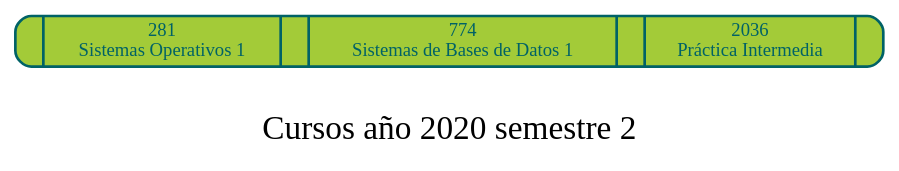
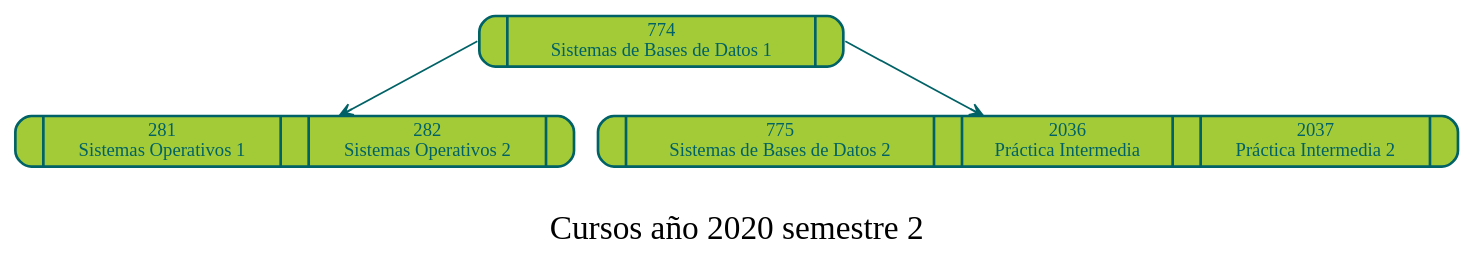
One commit to DanielDubonDR/EDD_SmartClass_201901772 changed the diagram in Fase_2/Archivos_dot/CursosPensum.dot. Above: the diagram before and after it, drawn with Graphviz. The commit also changed 1 other file, not shown here.

```diff
--- a/Fase_2/Archivos_dot/CursosPensum.dot
+++ b/Fase_2/Archivos_dot/CursosPensum.dot
@@ -1,11 +1,15 @@
  
         digraph BTree
         {
         label="\nCursos año 2020 semestre 2" fontsize=25;
         rankdir=TB;
         node[color=" #006266",style="filled, rounded", fillcolor=" #A3CB38", shape=record penwidth=2, fontcolor=" #006266"];
         edge[color=" #006266" penwidth=1.3 arrowhead=vee];
         splines=false;
         
-		Nodo281[label="<f0> | <f1>281\nSistemas Operativos 1 | <f2>  | <f3>774\nSistemas de Bases de Datos 1 | <f4>  | <f5>2036\nPráctica Intermedia | <f6>  ", group=0];
+		Nodo774[label="<f0> | <f1>774\nSistemas de Bases de Datos 1 | <f2>  ", group=0];
+		Nodo281[label="<f0> | <f1>281\nSistemas Operativos 1 | <f2>  | <f3>282\nSistemas Operativos 2 | <f4>  ", group=0];
+		Nodo775[label="<f0> | <f1>775\nSistemas de Bases de Datos 2 | <f2>  | <f3>2036\nPráctica Intermedia | <f4>  | <f5>2037\nPráctica Intermedia 2 | <f6>  ", group=0];
+		Nodo774:f0->Nodo281
+		Nodo774:f2->Nodo775
 	}
```
